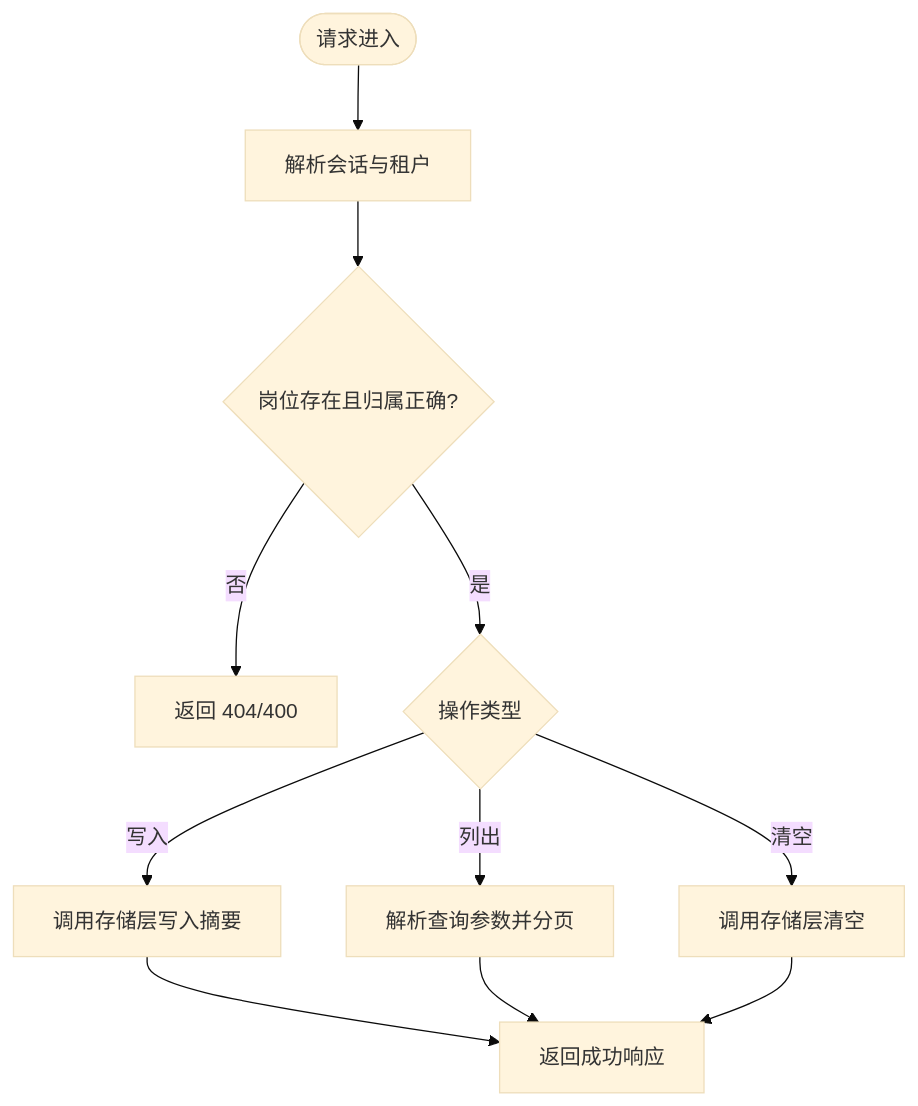
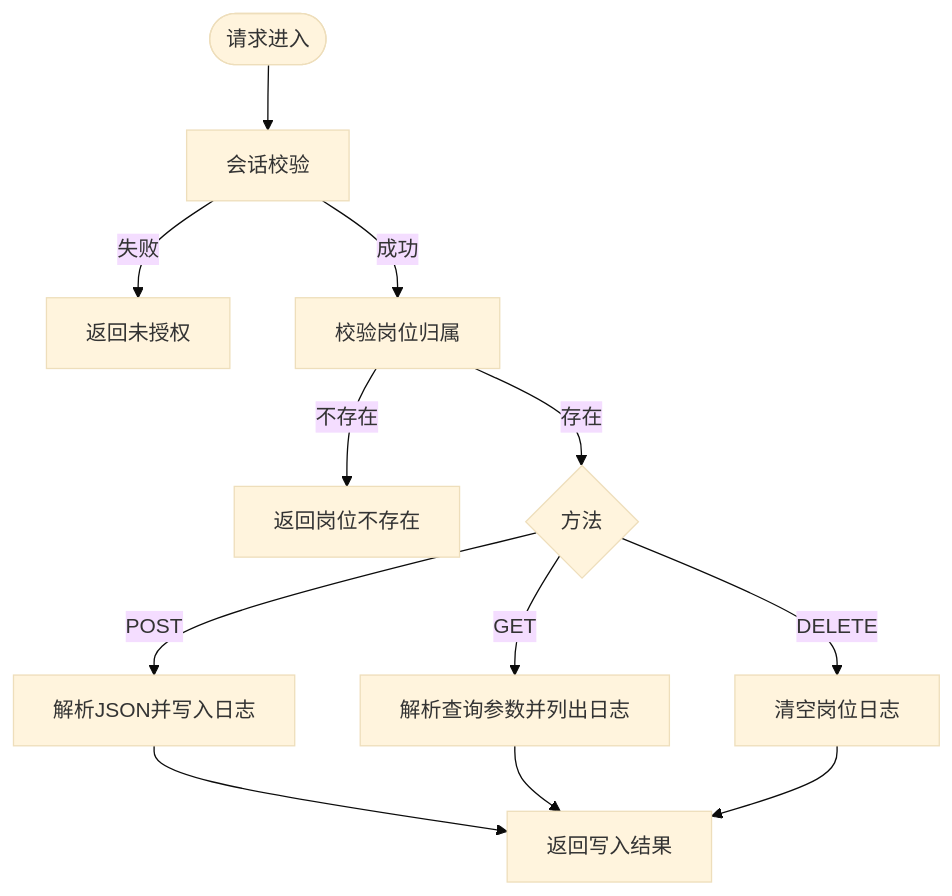
The third of 10 diagrams in .qoder/repowiki/zh/content/云端后端服务/岗位运行管理/岗位监控统计.md (alvinwangzi/goodhr), drawn with Mermaid (base theme) before and after one commit. The commit also changed other lines of this file and 149 other files, not shown here.

````diff
--- a/.qoder/repowiki/zh/content/云端后端服务/岗位运行管理/岗位监控统计.md
+++ b/.qoder/repowiki/zh/content/云端后端服务/岗位运行管理/岗位监控统计.md
@@ -141,13 +146,14 @@
 ```mermaid
 flowchart TD
-Start(["请求进入"]) --> Auth["解析会话与租户"]
-Auth --> CheckPos{"岗位存在且归属正确?"}
-CheckPos -- 否 --> Err404["返回 404/400"]
-CheckPos -- 是 --> Op{"操作类型"}
-Op -- 写入 --> Write["调用存储层写入摘要"]
-Op -- 列出 --> Query["解析查询参数并分页"]
-Op -- 清空 --> Clear["调用存储层清空"]
-Write --> Resp["返回成功响应"]
-Query --> Resp
+Start(["请求进入"]) --> Auth["会话校验"]
+Auth --> |失败| ErrAuth["返回未授权"]
+Auth --> |成功| CheckPos["校验岗位归属"]
+CheckPos --> |不存在| ErrPos["返回岗位不存在"]
+CheckPos --> |存在| Method{"方法"}
+Method --> |POST| Add["解析JSON并写入日志"]
+Method --> |GET| List["解析查询参数并列出日志"]
+Method --> |DELETE| Clear["清空岗位日志"]
+Add --> Resp["返回写入结果"]
+List --> Resp
 Clear --> Resp
 ```
````
